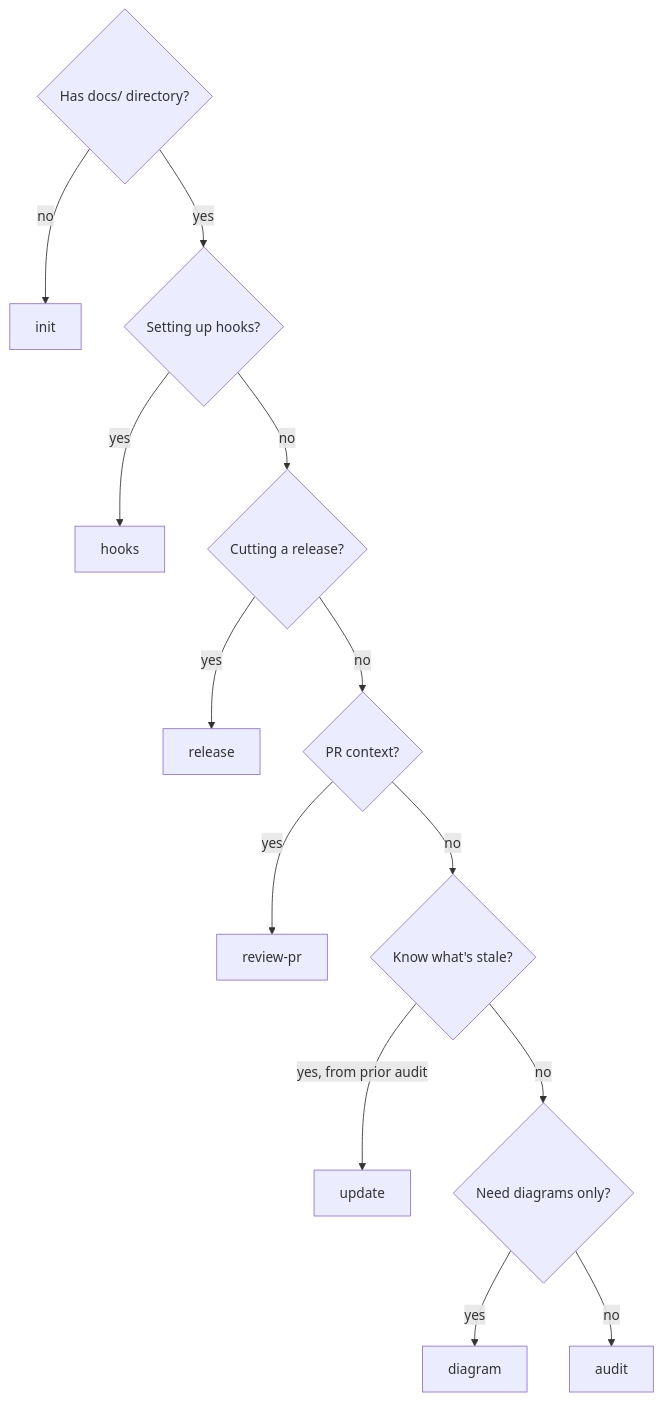
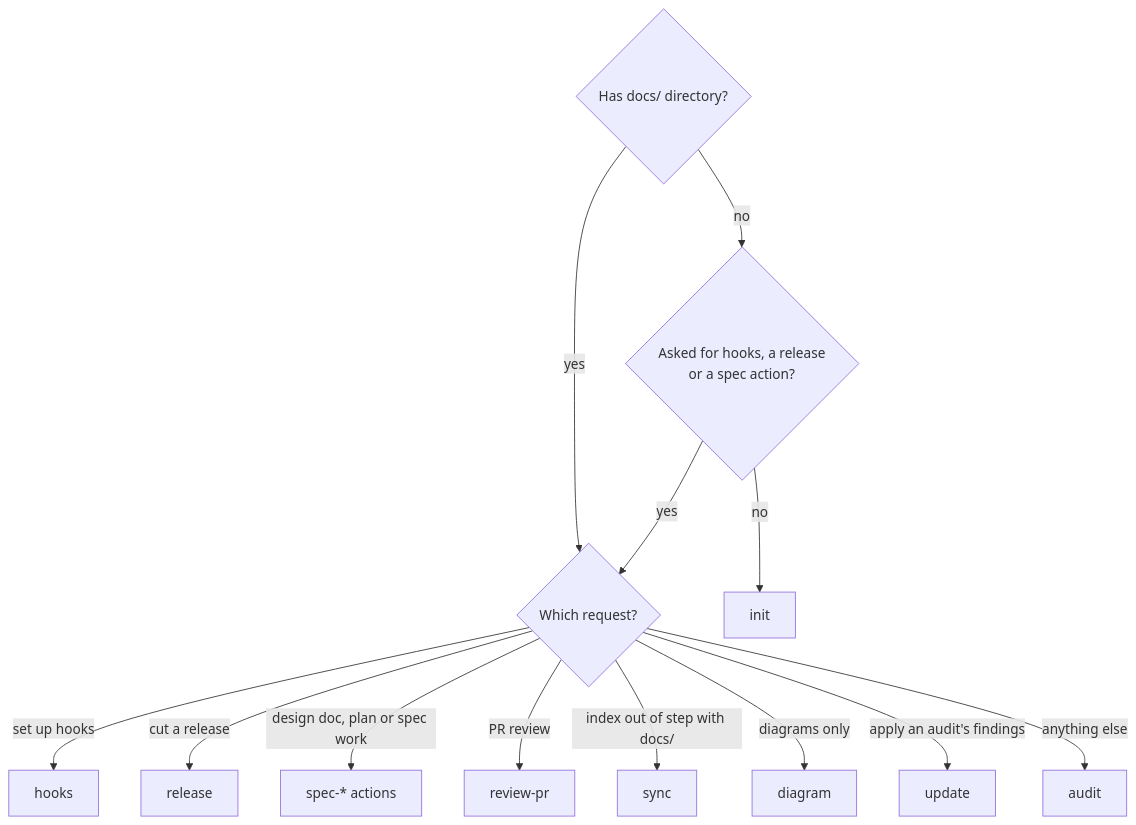
Before and after one commit to woodrowpearson/doc-superpowers: the third of 3 diagrams in skills/doc-superpowers/SKILL.md, drawn with Mermaid. The commit also changed other lines of this file and 30 other files, not shown here.

````diff
--- a/skills/doc-superpowers/SKILL.md
+++ b/skills/doc-superpowers/SKILL.md
@@ -268,15 +309,15 @@
 ```mermaid
 flowchart TD
-    A{Has docs/ directory?} -->|no| B[init]
-    A -->|yes| C{Setting up hooks?}
-    C -->|yes| D[hooks]
-    C -->|no| E{Cutting a release?}
-    E -->|yes| F[release]
-    E -->|no| G{PR context?}
-    G -->|yes| H[review-pr]
-    G -->|no| I{Know what's stale?}
-    I -->|yes, from prior audit| J[update]
-    I -->|no| K{Need diagrams only?}
-    K -->|yes| L[diagram]
-    K -->|no| M[audit]
+    A{Has docs/ directory?} -->|yes| R{Which request?}
+    A -->|no| B{Asked for hooks, a release<br>or a spec action?}
+    B -->|no| C[init]
+    B -->|yes| R
+    R -->|set up hooks| D[hooks]
+    R -->|cut a release| F[release]
+    R -->|design doc, plan or spec work| P[spec-* actions]
+    R -->|PR review| H[review-pr]
+    R -->|index out of step with docs/| S[sync]
+    R -->|diagrams only| L[diagram]
+    R -->|apply an audit's findings| J[update]
+    R -->|anything else| M[audit]
 ```
````
